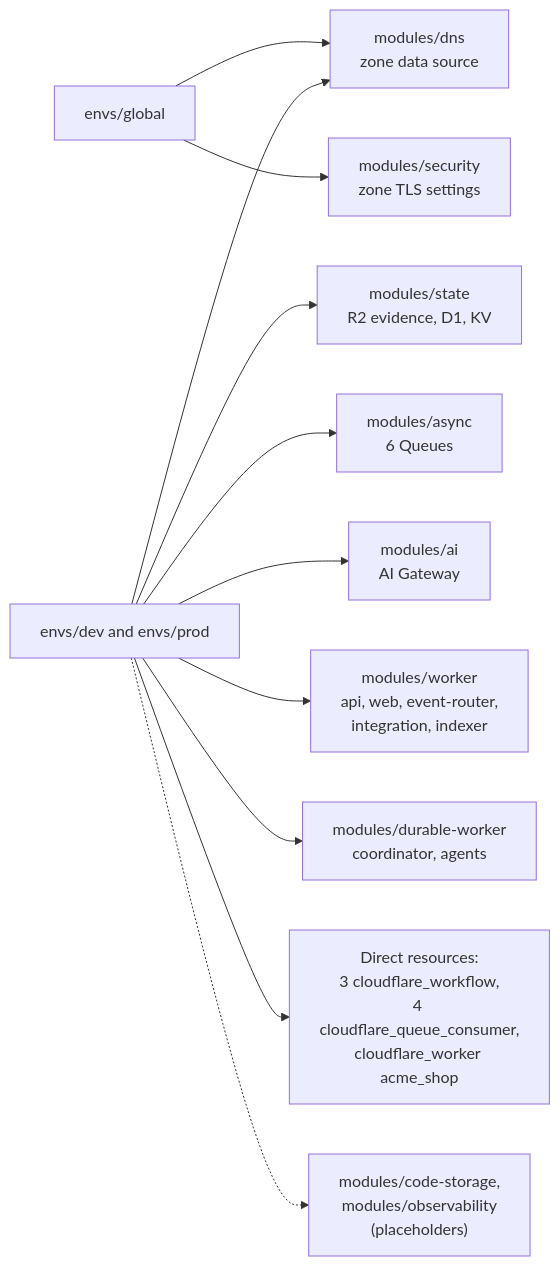
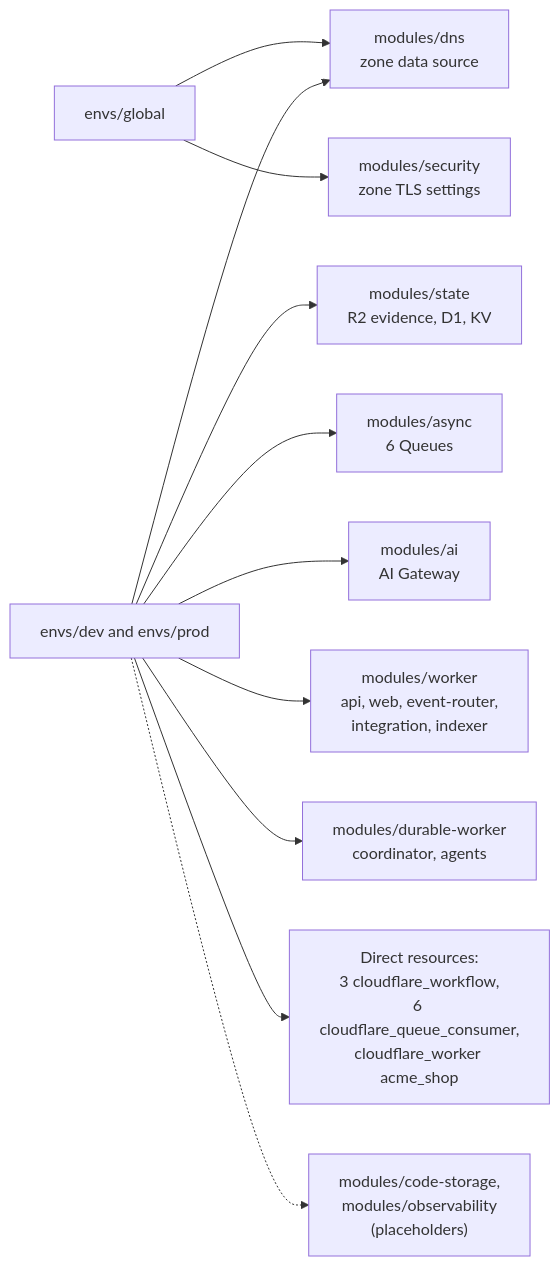
Before and after one commit to nsudhanva/rhumbatron: the second of 9 diagrams in docs/architecture/infrastructure-and-cost.md, drawn with Mermaid. The commit also changed 2 other files, not shown here.

Commit message:
docs(docs): document the analytics projector, policy snapshot, and start queues

````diff
--- a/docs/architecture/infrastructure-and-cost.md
+++ b/docs/architecture/infrastructure-and-cost.md
@@ -48,24 +48,24 @@
 ```mermaid
 flowchart LR
   GLOB["envs/global"]
   ENV["envs/dev and envs/prod"]
   DNS["modules/dns<br/>zone data source"]
   SEC["modules/security<br/>zone TLS settings"]
   ST["modules/state<br/>R2 evidence, D1, KV"]
   AS["modules/async<br/>6 Queues"]
   AI["modules/ai<br/>AI Gateway"]
   WK["modules/worker<br/>api, web, event-router,<br/>integration, indexer"]
   DW["modules/durable-worker<br/>coordinator, agents"]
-  DIRECT["Direct resources:<br/>3 cloudflare_workflow,<br/>4 cloudflare_queue_consumer,<br/>cloudflare_worker acme_shop"]
+  DIRECT["Direct resources:<br/>3 cloudflare_workflow,<br/>6 cloudflare_queue_consumer,<br/>cloudflare_worker acme_shop"]
   PH["modules/code-storage,<br/>modules/observability<br/>(placeholders)"]
   GLOB --> DNS
   GLOB --> SEC
   ENV --> DNS
   ENV --> ST
   ENV --> AS
   ENV --> AI
   ENV --> WK
   ENV --> DW
   ENV --> DIRECT
   ENV -.-> PH
 ```
````
